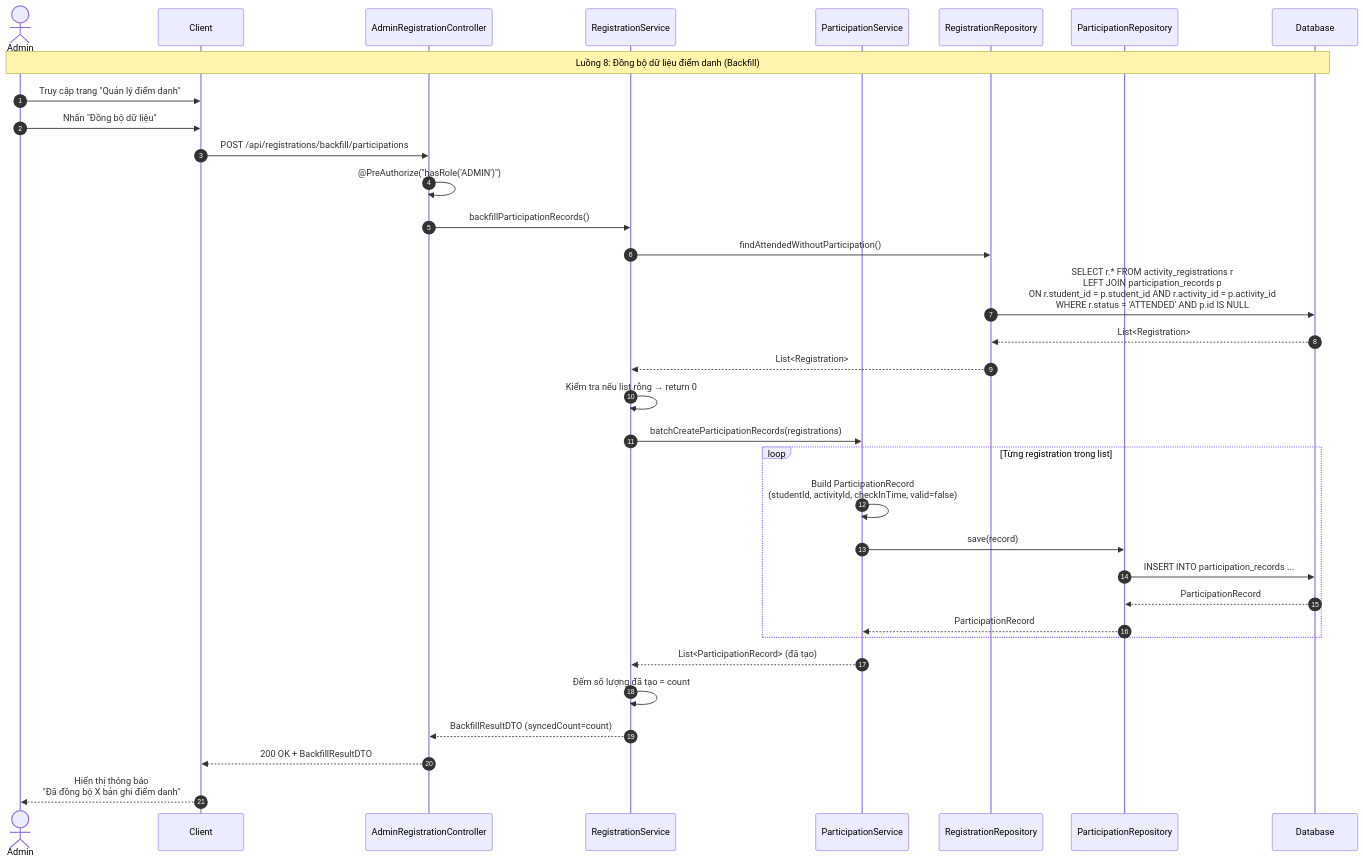
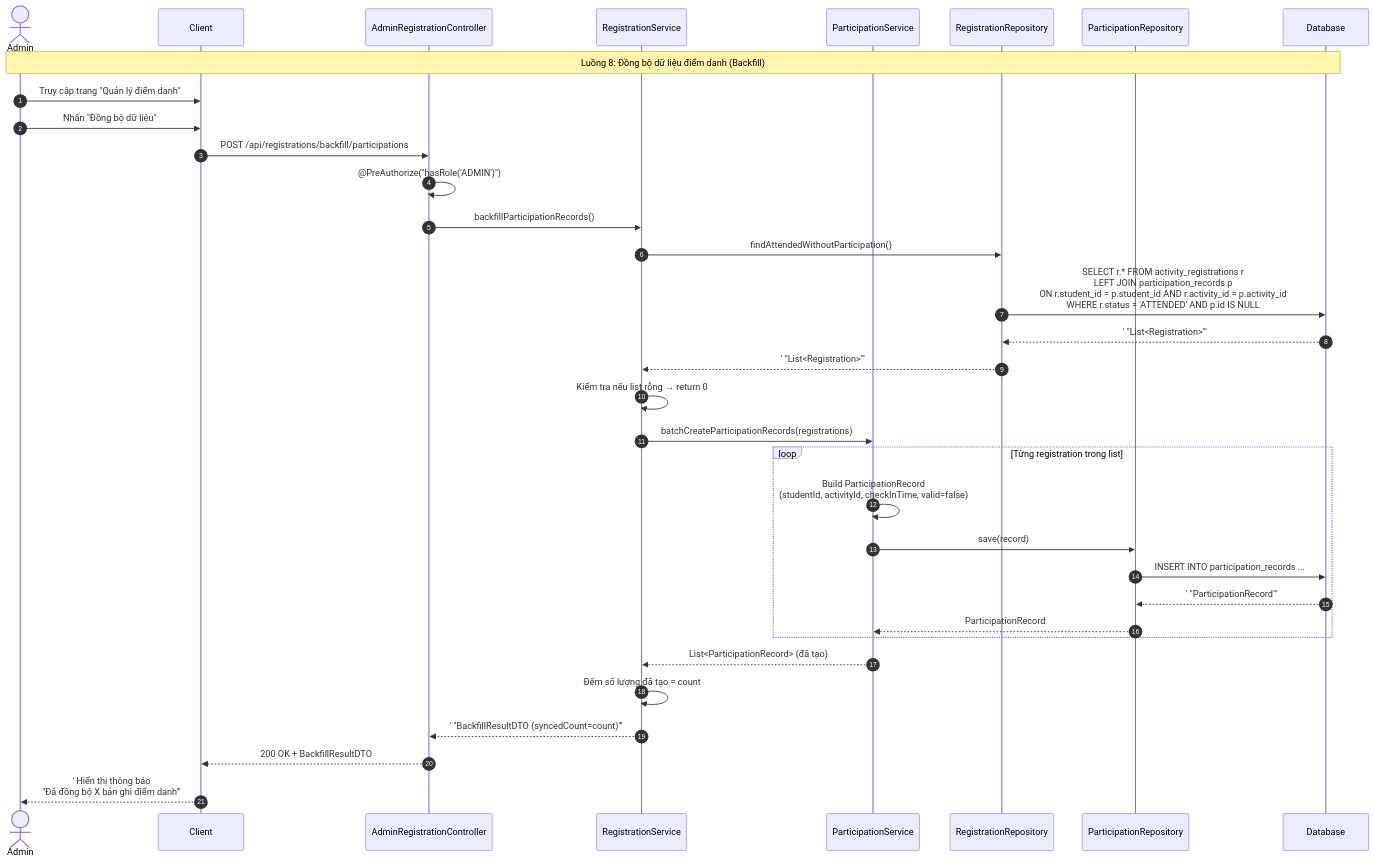
One commit to mchien04/CampusLife changed the eighth of 8 diagrams in docs/sequence-diagramV2/sequence-diagram-registration.md. Above: the diagram before and after it, drawn with Mermaid. The commit also changed other lines of this file and 18 other files, not shown here.

First line of the commit message:
fix(sequence-diagramV2): fix Mermaid parse errors

````diff
--- a/docs/sequence-diagramV2/sequence-diagram-registration.md
+++ b/docs/sequence-diagramV2/sequence-diagram-registration.md
@@ -522,42 +522,42 @@
 ```mermaid
 sequenceDiagram
     autonumber
     actor Admin
     participant Client
     participant Controller as AdminRegistrationController
     participant RegService as RegistrationService
     participant PartService as ParticipationService
     participant RegRepo as RegistrationRepository
     participant PartRepo as ParticipationRepository
     participant DB as Database
 
     Note over Admin, DB: Luồng 8: Đồng bộ dữ liệu điểm danh (Backfill)
 
     Admin->>Client: Truy cập trang "Quản lý điểm danh"
     Admin->>Client: Nhấn "Đồng bộ dữ liệu"
     Client->>Controller: POST /api/registrations/backfill/participations
     Controller->>Controller: @PreAuthorize("hasRole('ADMIN')")
     Controller->>RegService: backfillParticipationRecords()
 
     RegService->>RegRepo: findAttendedWithoutParticipation()
     RegRepo->>DB: SELECT r.* FROM activity_registrations r<br/>LEFT JOIN participation_records p<br/>ON r.student_id = p.student_id AND r.activity_id = p.activity_id<br/>WHERE r.status = 'ATTENDED' AND p.id IS NULL
-    DB-->>RegRepo: List<Registration>
-    RegRepo-->>RegService: List<Registration>
+    DB-->>RegRepo:' "List<Registration>"'
+    RegRepo-->>RegService:' "List<Registration>"'
 
     RegService->>RegService: Kiểm tra nếu list rỗng → return 0
 
     RegService->>PartService: batchCreateParticipationRecords(registrations)
     loop Từng registration trong list
         PartService->>PartService: Build ParticipationRecord<br/>(studentId, activityId, checkInTime, valid=false)
         PartService->>PartRepo: save(record)
         PartRepo->>DB: INSERT INTO participation_records ...
-        DB-->>PartRepo: ParticipationRecord
+        DB-->>PartRepo:' "ParticipationRecord"'
         PartRepo-->>PartService: ParticipationRecord
     end
 
     PartService-->>RegService: List<ParticipationRecord> (đã tạo)
     RegService->>RegService: Đếm số lượng đã tạo = count
-    RegService-->>Controller: BackfillResultDTO (syncedCount=count)
+    RegService-->>Controller:' "BackfillResultDTO (syncedCount=count)"'
     Controller-->>Client: 200 OK + BackfillResultDTO
-    Client-->>Admin: Hiển thị thông báo<br/>"Đã đồng bộ X bản ghi điểm danh"
+    Client-->>Admin:' Hiển thị thông báo<br/>"Đã đồng bộ X bản ghi điểm danh"'
 ```
````
